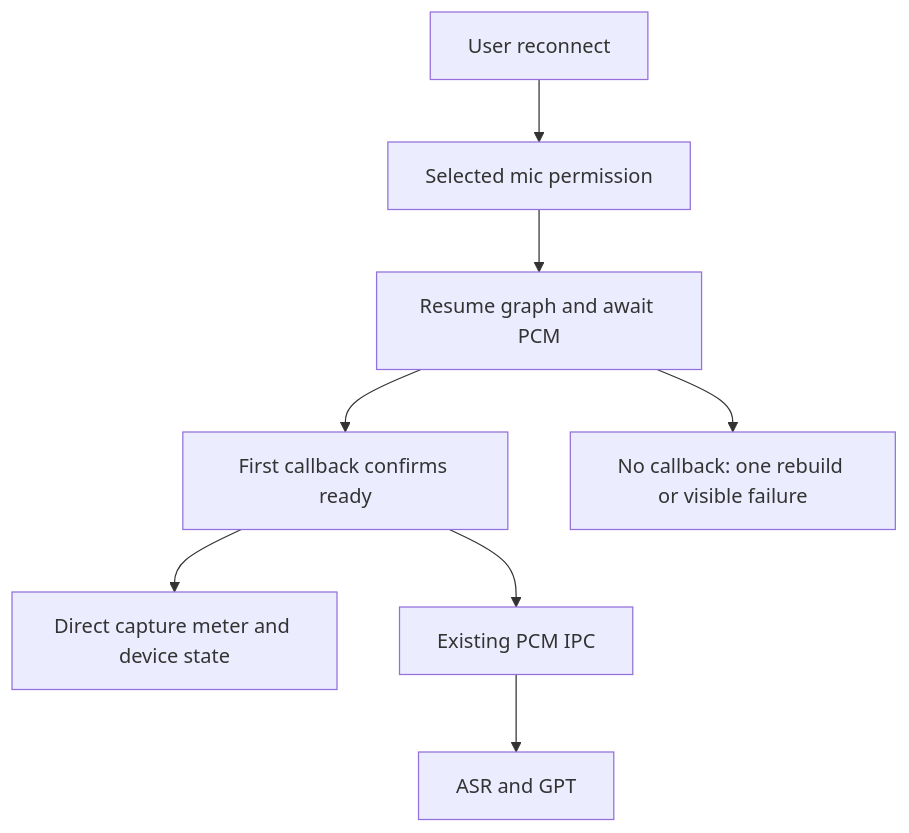
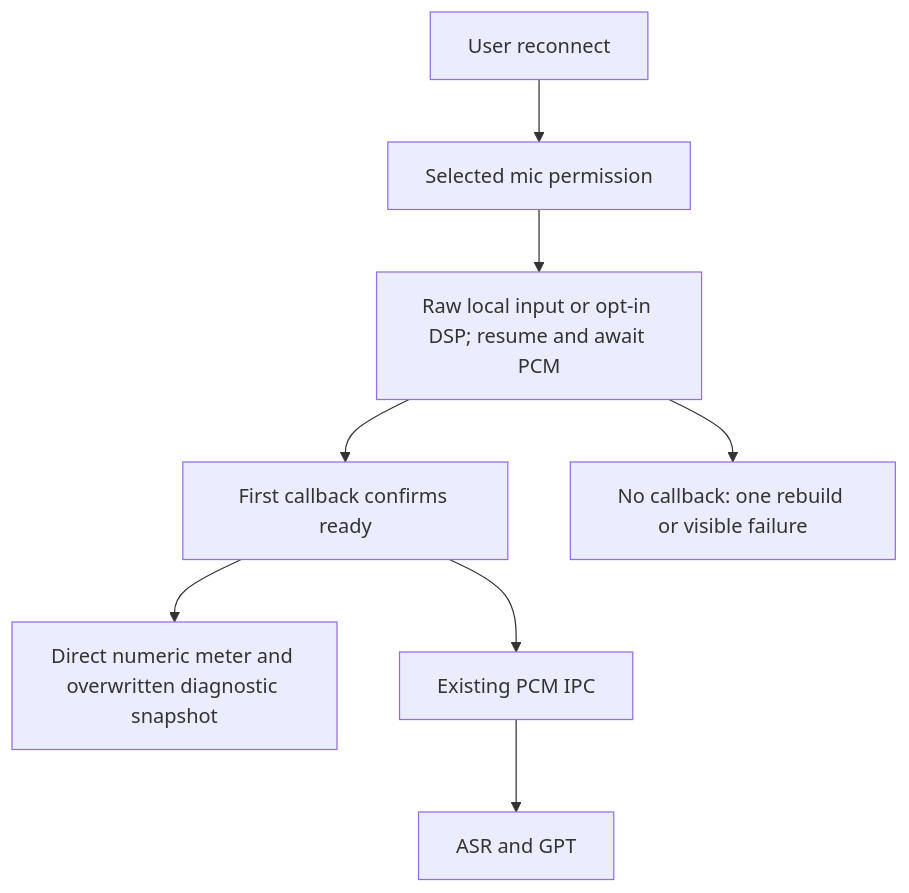
The second of 8 diagrams in docs/MICROPHONE_CAPTURE.md (liu-qingyuan/cheating-daddy), drawn with Mermaid before and after one commit. The commit also changed other lines of this file and 12 other files, not shown here.

````diff
--- a/docs/MICROPHONE_CAPTURE.md
+++ b/docs/MICROPHONE_CAPTURE.md
@@ -25,9 +25,9 @@
 ```mermaid
 flowchart TB
- A["Selected mic permission"] --> B["Resume graph and await PCM"]
+ A["Selected mic permission"] --> B["Raw local input or opt-in DSP; resume and await PCM"]
  B --> C["First callback confirms ready"]
  B --> D["No callback: one rebuild or visible failure"]
- C --> M["Direct capture meter and device state"]
+ C --> M["Direct numeric meter and overwritten diagnostic snapshot"]
  C --> I["Existing PCM IPC"] --> S["ASR and GPT"]
  U["User reconnect"] --> A
 ```
````
